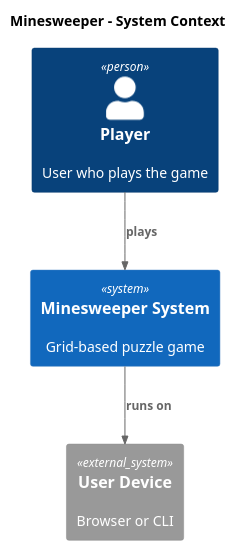
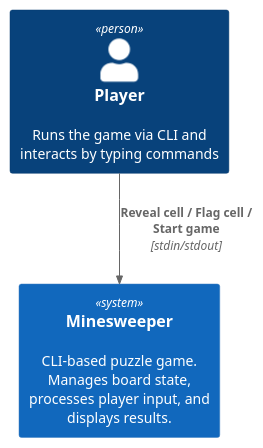
The diagram in architecture/diagrams/c4-context.puml (ktzjana/sdp-powered-by-ai-agents-jana-petrovic), drawn with PlantUML before and after one commit. The commit also changed 28 other files, not shown here.

Commit message:
#3 docs(architecture): add arc42 chapters and C4 diagrams

```diff
--- a/architecture/diagrams/c4-context.puml
+++ b/architecture/diagrams/c4-context.puml
@@ -1,15 +1,9 @@
-@startuml
+@startuml c4-context
 !include c4-lib/C4_Context.puml
 
-title Minesweeper - System Context
+Person(player, "Player", "Runs the game via CLI and interacts by typing commands")
+System(minesweeper, "Minesweeper", "CLI-based puzzle game. Manages board state, processes player input, and displays results.")
 
-Person(player, "Player", "User who plays the game")
-
-System(minesweeper, "Minesweeper System", "Grid-based puzzle game")
-
-System_Ext(device, "User Device", "Browser or CLI")
-
-Rel(player, minesweeper, "plays")
-Rel(minesweeper, device, "runs on")
+Rel(player, minesweeper, "Reveal cell / Flag cell / Start game", "stdin/stdout")
 
 @enduml
```
